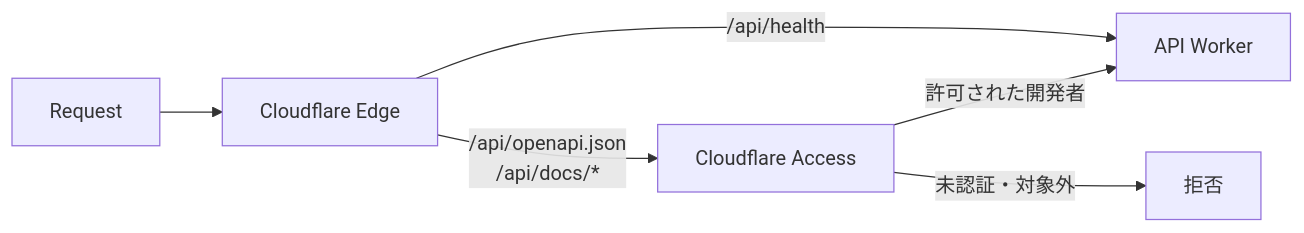
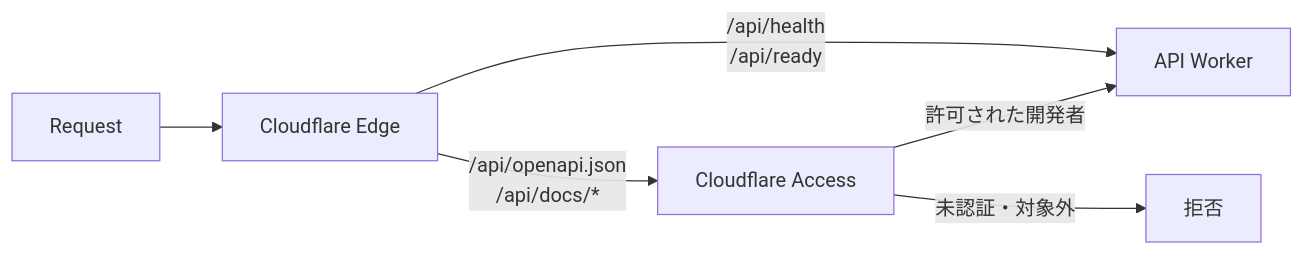
Before and after one commit to kkyosuke/me-builder: the third of 3 diagrams in docs/architecture/infrastructure-architecture.md, drawn with Mermaid. The commit also changed other lines of this file and 46 other files, not shown here.

````diff
--- a/docs/architecture/infrastructure-architecture.md
+++ b/docs/architecture/infrastructure-architecture.md
@@ -222,8 +223,8 @@
 ```mermaid
 flowchart LR
     Client[Request] --> Edge[Cloudflare Edge]
     Edge -->|/api/openapi.json<br/>/api/docs/*| Access[Cloudflare Access]
     Access -->|許可された開発者| API[API Worker]
     Access -->|未認証・対象外| Deny[拒否]
-    Edge -->|/api/health| API
+    Edge -->|/api/health<br/>/api/ready| API
 ```
````
